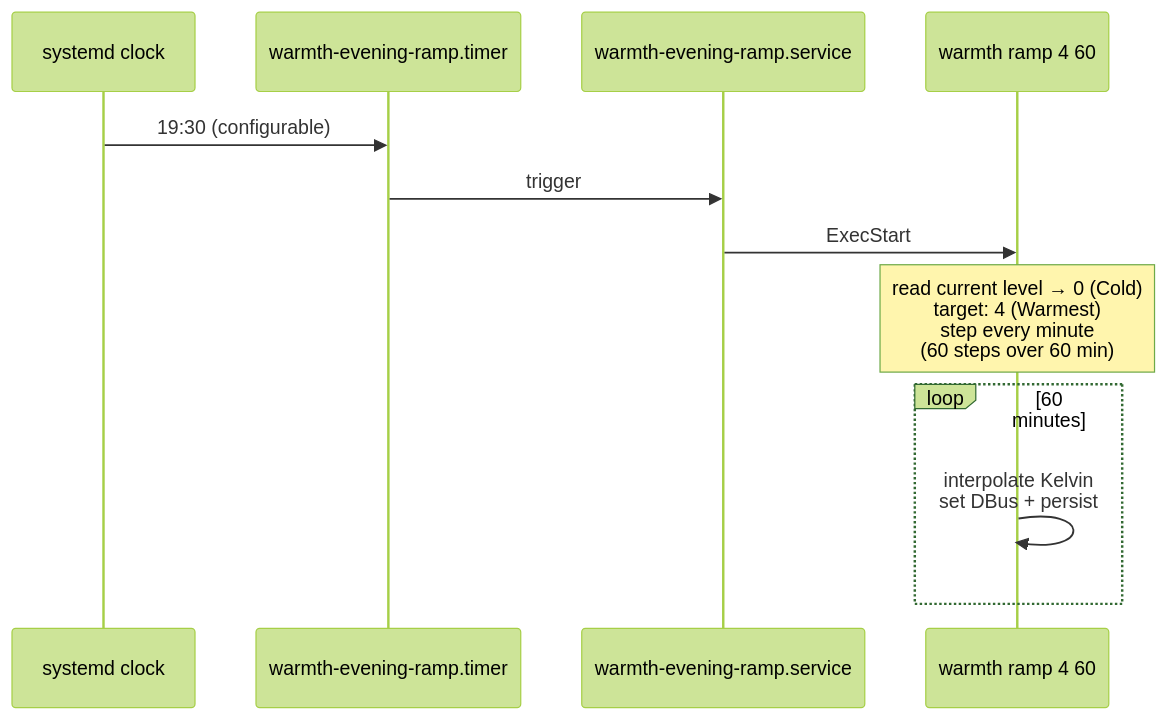
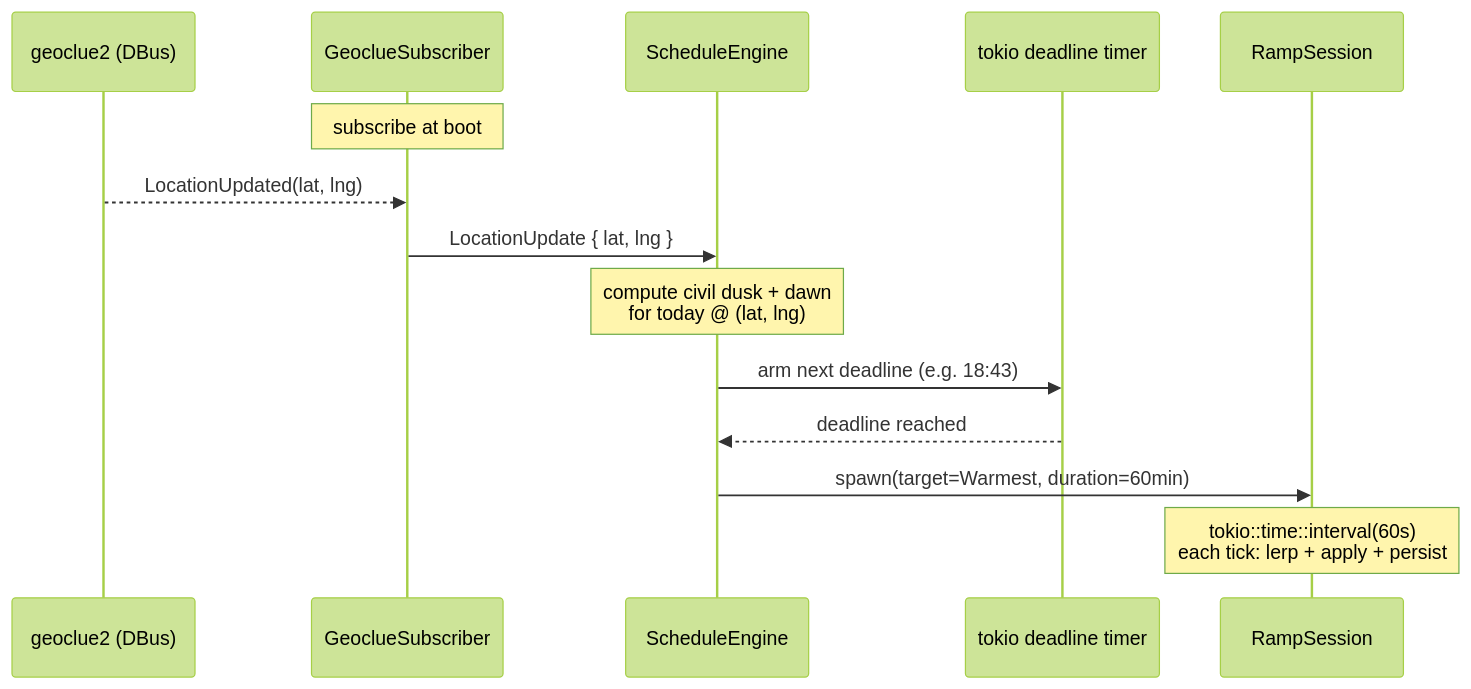
The fourth of 4 diagrams in reports/system-specialist/3-warmth-decoupling-design.md (LiGoldragon/primary), drawn with Mermaid (forest theme) before and after one commit. The commit also changed other lines of this file, not shown here.

Commit message:
system-specialist report 3: rust + nota + geoclue redesign of warmth decoupling

````diff
--- a/reports/system-specialist/3-warmth-decoupling-design.md
+++ b/reports/system-specialist/3-warmth-decoupling-design.md
@@ -123,15 +263,17 @@
 ```mermaid
 sequenceDiagram
-  participant clock as systemd clock
-  participant t as warmth-evening-ramp.timer
-  participant s as warmth-evening-ramp.service
-  participant w as warmth ramp 4 60
+  participant gc as geoclue2 (DBus)
+  participant sub as GeoclueSubscriber
+  participant eng as ScheduleEngine
+  participant t as tokio deadline timer
+  participant ramp as RampSession
 
-  clock->>t: 19:30 (configurable)
-  t->>s: trigger
-  s->>w: ExecStart
-  Note over w: read current level → 0 (Cold)<br/>target: 4 (Warmest)<br/>step every minute<br/>(60 steps over 60 min)
-  loop 60 minutes
-    w->>w: interpolate Kelvin<br/>set DBus + persist
-  end
+  Note over sub: subscribe at boot
+  gc-->>sub: LocationUpdated(lat, lng)
+  sub->>eng: LocationUpdate { lat, lng }
+  Note over eng: compute civil dusk + dawn<br/>for today @ (lat, lng)
+  eng->>t: arm next deadline (e.g. 18:43)
+  t-->>eng: deadline reached
+  eng->>ramp: spawn(target=Warmest, duration=60min)
+  Note over ramp: tokio::time::interval(60s)<br/>each tick: lerp + apply + persist
 ```
````
